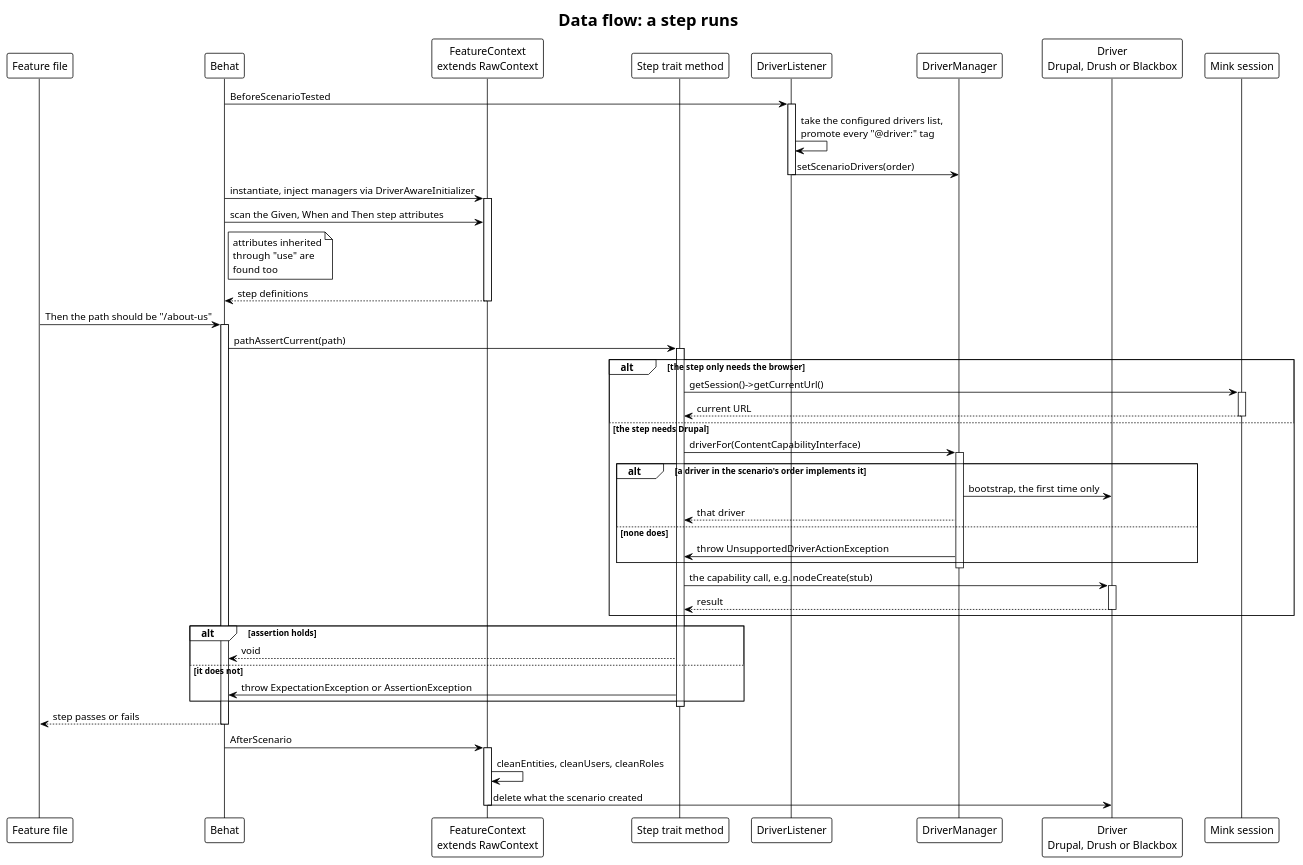
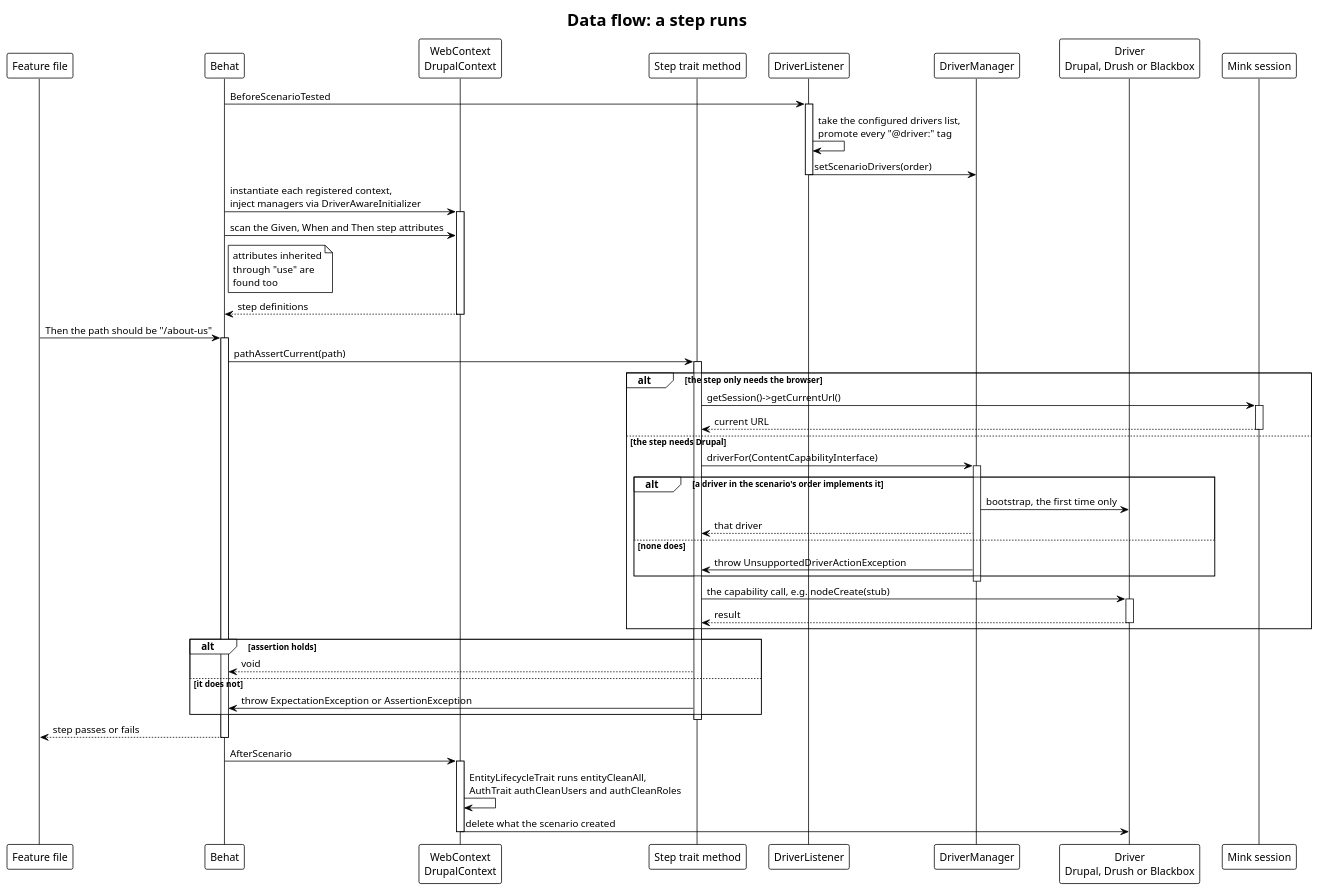
The diagram in docs/architecture/dataflow-step.puml (drevops/behat-steps), drawn with PlantUML before and after one commit. The commit also changed 233 other files, not shown here.

```diff
--- a/docs/architecture/dataflow-step.puml
+++ b/docs/architecture/dataflow-step.puml
@@ -1,76 +1,78 @@
 @startuml
 ' drevops/behat-steps - data flow for a step running in a consuming project.
-' Traced from src/Steps/Generic/PathTrait.php, src/Steps/Drupal/ContentTrait.php,
-' src/Behat/Context/RawContext.php, src/Behat/Manager/DriverManager.php,
+' Traced from src/Steps/Web/PathTrait.php, src/Steps/Drupal/ContentTrait.php,
+' src/Behat/Context/WebRawContext.php, WebContext.php,
+' src/Helper/Drupal/EntityLifecycleTrait.php, src/Helper/Drupal/AuthTrait.php,
+' DrupalContext.php, src/Behat/Manager/DriverManager.php,
 ' src/Behat/Listener/DriverListener.php, src/Driver/DrupalDriver.php, behat.php.
 ' Regenerate every SVG with:  plantuml -tsvg docs/architecture/*.puml
 !theme plain
 skinparam backgroundColor white
 skinparam defaultFontName Helvetica
 skinparam shadowing false
 title Data flow: a step runs
 
 participant "Feature file" as Feature
 participant "Behat" as Behat
-participant "FeatureContext\nextends RawContext" as Ctx
+participant "WebContext\nDrupalContext" as Ctx
 participant "Step trait method" as Trait
 participant "DriverListener" as Listener
 participant "DriverManager" as DM
 participant "Driver\nDrupal, Drush or Blackbox" as Driver
 participant "Mink session" as Mink
 
 Behat -> Listener: BeforeScenarioTested
 activate Listener
 Listener -> Listener: take the configured drivers list,\npromote every "@driver:" tag
 Listener -> DM: setScenarioDrivers(order)
 deactivate Listener
 
-Behat -> Ctx: instantiate, inject managers via DriverAwareInitializer
+Behat -> Ctx: instantiate each registered context,\ninject managers via DriverAwareInitializer
 activate Ctx
 Behat -> Ctx: scan the Given, When and Then step attributes
 note right of Behat: attributes inherited\nthrough "use" are\nfound too
 Ctx --> Behat: step definitions
 deactivate Ctx
 
 Feature -> Behat: Then the path should be "/about-us"
 activate Behat
 Behat -> Trait: pathAssertCurrent(path)
 activate Trait
 
 alt the step only needs the browser
   Trait -> Mink: getSession()->getCurrentUrl()
   activate Mink
   Mink --> Trait: current URL
   deactivate Mink
 else the step needs Drupal
   Trait -> DM: driverFor(ContentCapabilityInterface)
   activate DM
   alt a driver in the scenario's order implements it
     DM -> Driver: bootstrap, the first time only
     DM --> Trait: that driver
   else none does
     DM -> Trait: throw UnsupportedDriverActionException
   end
   deactivate DM
   Trait -> Driver: the capability call, e.g. nodeCreate(stub)
   activate Driver
   Driver --> Trait: result
   deactivate Driver
 end
 
 alt assertion holds
   Trait --> Behat: void
 else it does not
   Trait -> Behat: throw ExpectationException or AssertionException
 end
 deactivate Trait
 
 Behat --> Feature: step passes or fails
 deactivate Behat
 
 Behat -> Ctx: AfterScenario
 activate Ctx
-Ctx -> Ctx: cleanEntities, cleanUsers, cleanRoles
+Ctx -> Ctx: EntityLifecycleTrait runs entityCleanAll,\nAuthTrait authCleanUsers and authCleanRoles
 Ctx -> Driver: delete what the scenario created
 deactivate Ctx
 @enduml
```
